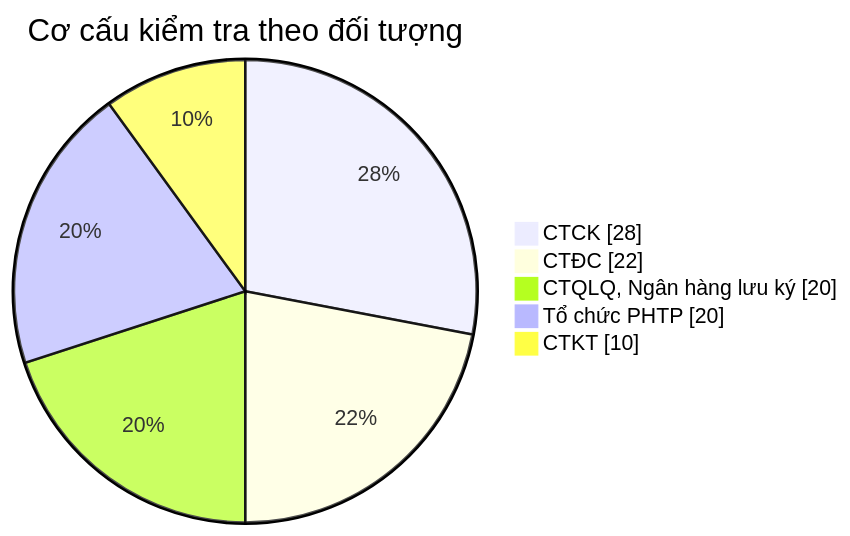
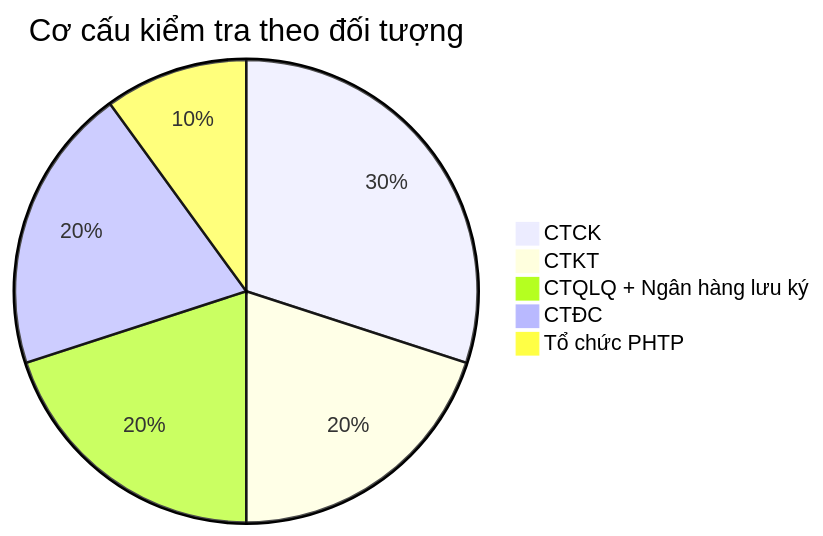
Before and after one commit to linhlvit/ubck_atomic_design: diagram 13 of 25 in Gold/hld/GOLD_TT_HLD.md, drawn with Mermaid. The commit also changed other lines of this file and 7 other files, not shown here.

````diff
--- a/Gold/hld/GOLD_TT_HLD.md
+++ b/Gold/hld/GOLD_TT_HLD.md
@@ -450,9 +586,8 @@
 ```mermaid
-pie showData
-    title Cơ cấu kiểm tra theo đối tượng
-    "CTCK" : 28
-    "CTĐC" : 22
-    "CTQLQ, Ngân hàng lưu ký" : 20
-    "Tổ chức PHTP" : 20
-    "CTKT" : 10
+pie title Cơ cấu kiểm tra theo đối tượng
+    "CTCK" : 30
+    "CTKT" : 20
+    "CTQLQ + Ngân hàng lưu ký" : 20
+    "CTĐC" : 20
+    "Tổ chức PHTP" : 10
 ```
````
